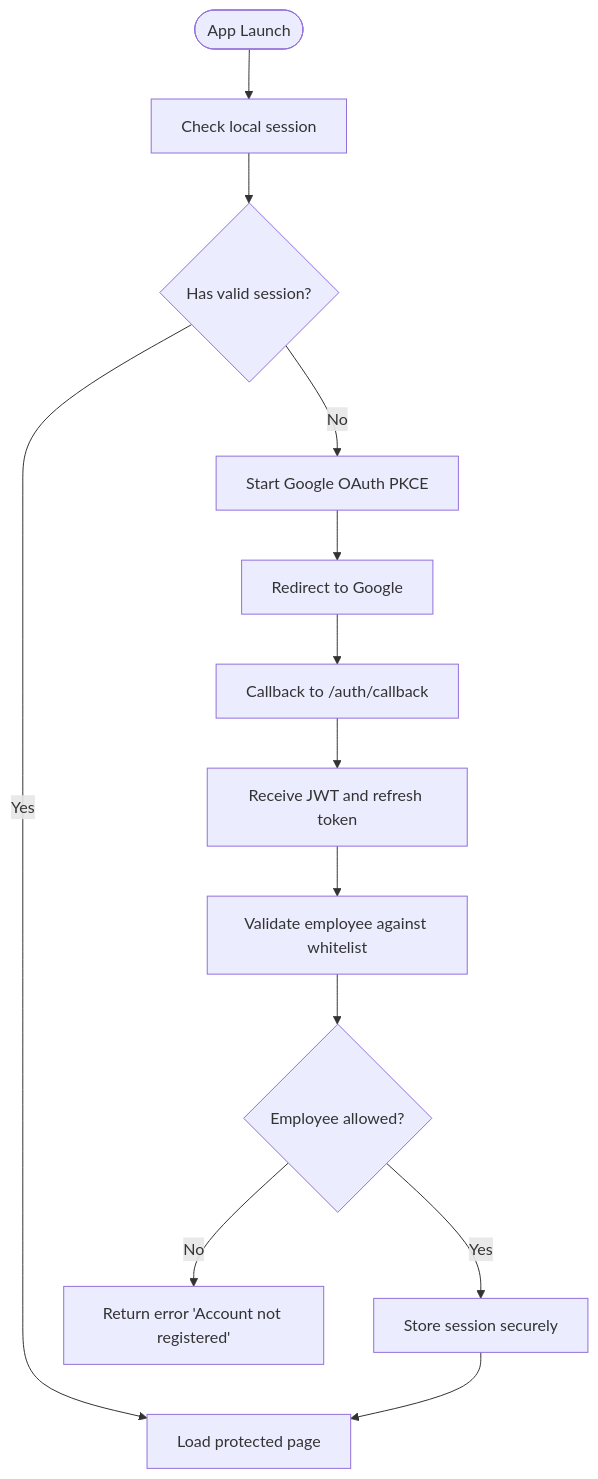
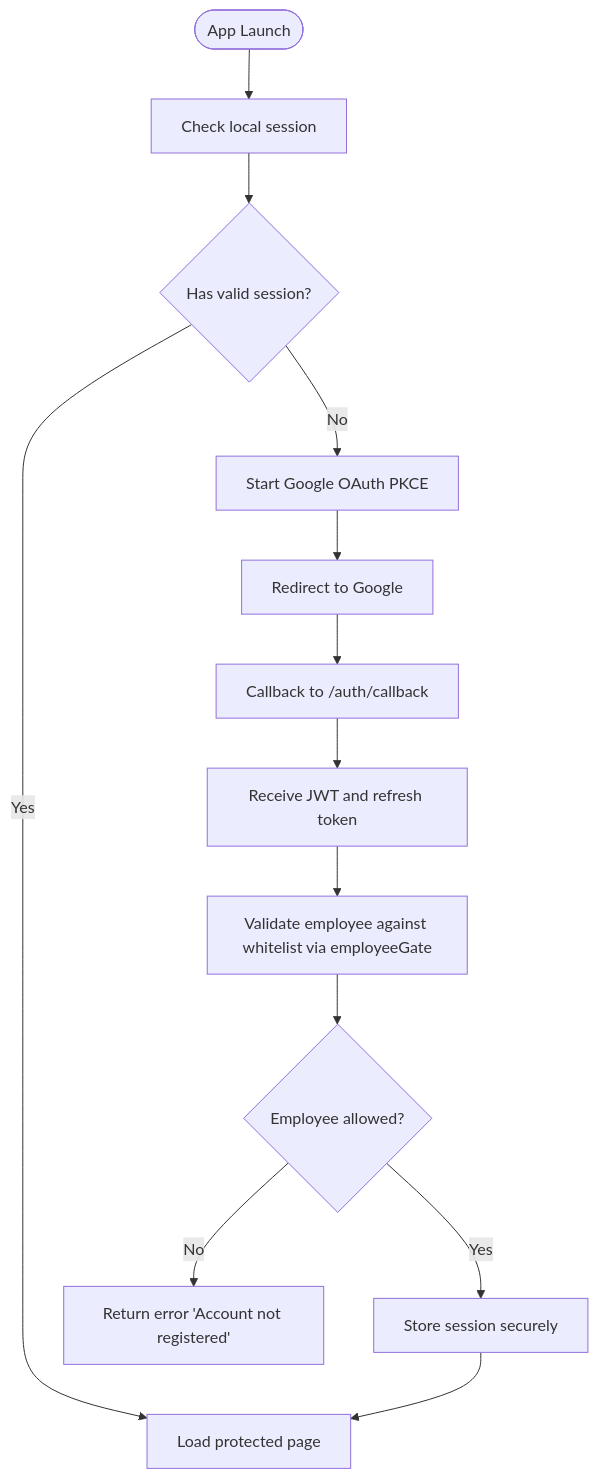
Before and after one commit to epo33m/scheduling: the third of 9 diagrams in .qoder/repowiki/en/content/Technical Architecture/Security & Authentication.md, drawn with Mermaid. The commit also changed other lines of this file and 77 other files, not shown here.

````diff
--- a/.qoder/repowiki/en/content/Technical Architecture/Security & Authentication.md
+++ b/.qoder/repowiki/en/content/Technical Architecture/Security & Authentication.md
@@ -149,15 +152,15 @@
 ```mermaid
 flowchart TD
 Start(["App Launch"]) --> CheckSession["Check local session"]
 CheckSession --> HasSession{"Has valid session?"}
 HasSession --> |Yes| LoadPage["Load protected page"]
 HasSession --> |No| StartOAuth["Start Google OAuth PKCE"]
 StartOAuth --> Redirect["Redirect to Google"]
 Redirect --> Callback["Callback to /auth/callback"]
 Callback --> Tokens["Receive JWT and refresh token"]
-Tokens --> ValidateEmployee["Validate employee against whitelist"]
+Tokens --> ValidateEmployee["Validate employee against whitelist via employeeGate"]
 ValidateEmployee --> Allowed{"Employee allowed?"}
 Allowed --> |No| Deny["Return error 'Account not registered'"]
 Allowed --> |Yes| StoreSession["Store session securely"]
 StoreSession --> LoadPage
 ```
````
